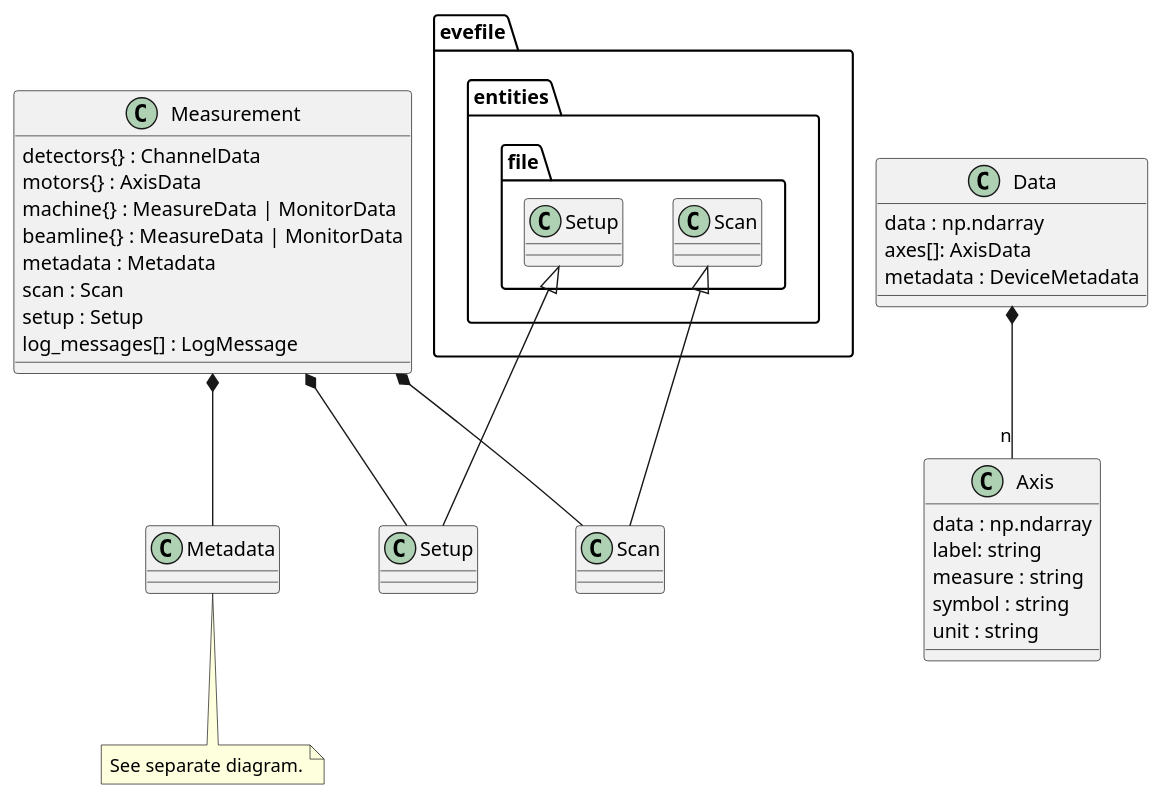
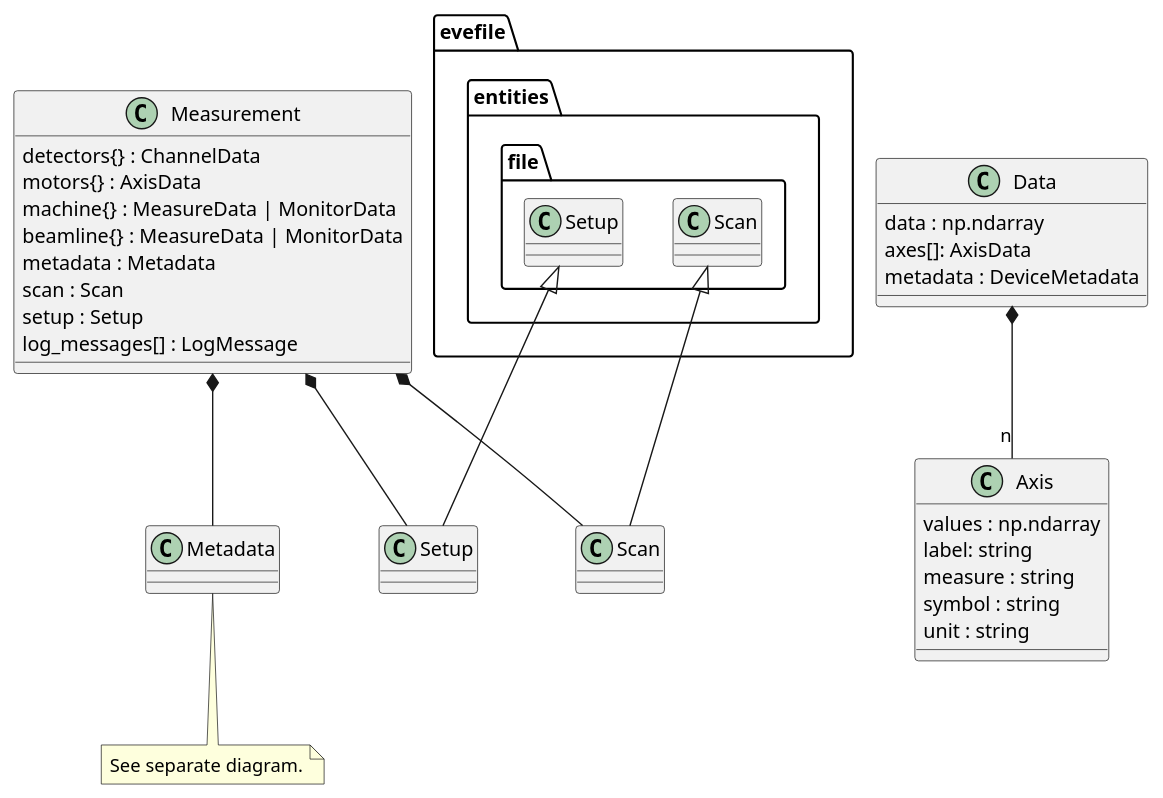
Before and after one commit to tillbiskup/evedata: the diagram in docs/uml/evedata.measurement.entities.measurement.puml, drawn with PlantUML. The commit also changed 3 other files, not shown here.

```diff
--- a/docs/uml/evedata.measurement.entities.measurement.puml
+++ b/docs/uml/evedata.measurement.entities.measurement.puml
@@ -1,53 +1,53 @@
 @startuml
 'https://plantuml.com/class-diagram
 
 class Measurement {
     detectors{} : ChannelData
     motors{} : AxisData
     machine{} : MeasureData | MonitorData
     beamline{} : MeasureData | MonitorData
     metadata : Metadata
     scan : Scan
     setup : Setup
     log_messages[] : LogMessage
 }
 
 Measurement *-- Metadata
 Measurement *-- Scan
 Measurement *-- Setup
 
 class Metadata {
 }
 
 note bottom of Metadata
     See separate diagram.
 endnote
 
 
 class evefile.entities.file.Scan {
 }
 
 class evefile.entities.file.Setup {
 }
 
 class Scan extends evefile.entities.file.Scan
 
 class Setup extends evefile.entities.file.Setup
 
 class Data {
     data : np.ndarray
     axes[]: AxisData
     metadata : DeviceMetadata
 }
 
 class Axis {
-    data : np.ndarray
+    values : np.ndarray
     label: string
     measure : string
     symbol : string
     unit : string
 }
 
 Data *--"n" Axis
 
 @enduml
```
